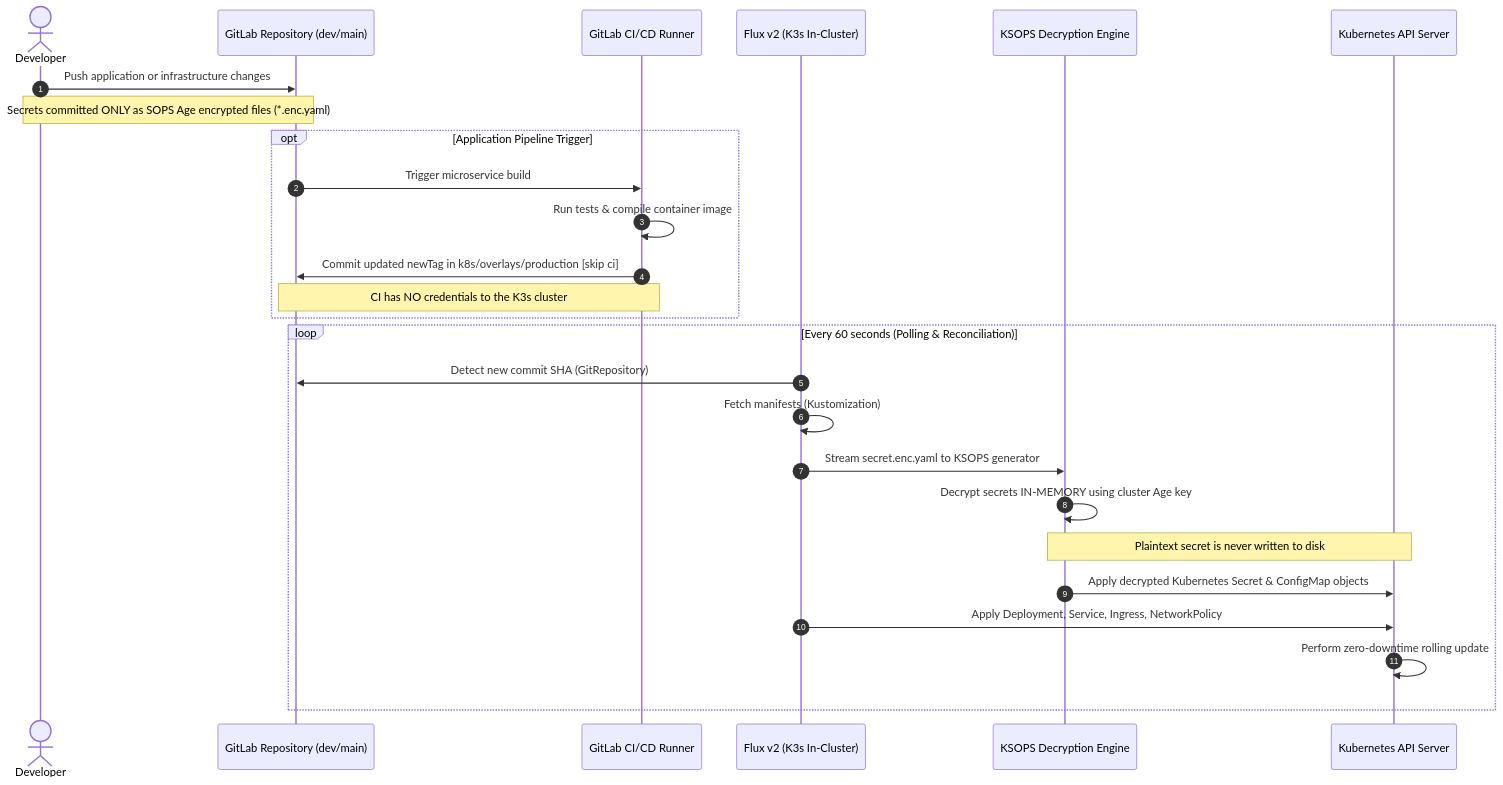
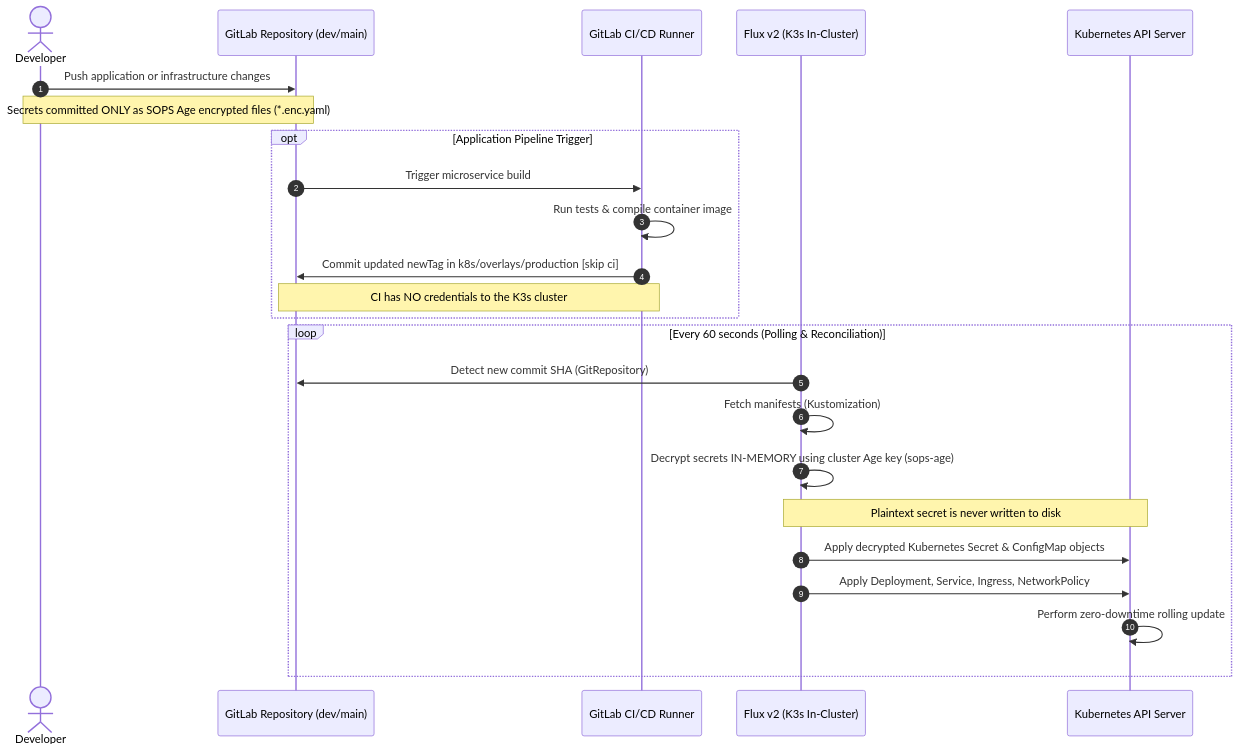
One commit to manveer-syan/k3s-opentofu-production-boilerplate changed the second of 2 diagrams in README.md. Above: the diagram before and after it, drawn with Mermaid. The commit also changed other lines of this file and 80 other files, not shown here.

Commit message:
feat(platform): comprehensive production hardening, security remediation and native SOPS GitOps architecture

````diff
--- a/README.md
+++ b/README.md
@@ -77,31 +77,29 @@
 ```mermaid
 sequenceDiagram
     autonumber
     actor Dev as Developer
     participant Git as GitLab Repository (dev/main)
     participant CI as GitLab CI/CD Runner
     participant Flux as Flux v2 (K3s In-Cluster)
-    participant KSOPS as KSOPS Decryption Engine
     participant K8s as Kubernetes API Server
 
     Dev->>Git: Push application or infrastructure changes
     Note over Dev,Git: Secrets committed ONLY as SOPS Age encrypted files (*.enc.yaml)
 
     opt Application Pipeline Trigger
         Git->>CI: Trigger microservice build
         CI->>CI: Run tests & compile container image
         CI->>Git: Commit updated newTag in k8s/overlays/production [skip ci]
         Note over CI,Git: CI has NO credentials to the K3s cluster
     end
 
     loop Every 60 seconds (Polling & Reconciliation)
         Flux->>Git: Detect new commit SHA (GitRepository)
         Flux->>Flux: Fetch manifests (Kustomization)
-        Flux->>KSOPS: Stream secret.enc.yaml to KSOPS generator
-        KSOPS->>KSOPS: Decrypt secrets IN-MEMORY using cluster Age key
-        Note over KSOPS,K8s: Plaintext secret is never written to disk
-        KSOPS->>K8s: Apply decrypted Kubernetes Secret & ConfigMap objects
+        Flux->>Flux: Decrypt secrets IN-MEMORY using cluster Age key (sops-age)
+        Note over Flux,K8s: Plaintext secret is never written to disk
+        Flux->>K8s: Apply decrypted Kubernetes Secret & ConfigMap objects
         Flux->>K8s: Apply Deployment, Service, Ingress, NetworkPolicy
         K8s->>K8s: Perform zero-downtime rolling update
     end
 ```
````
